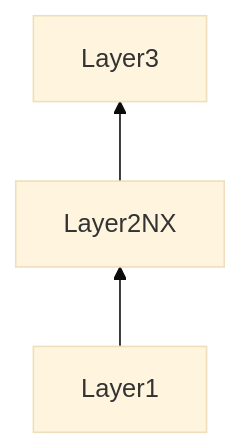
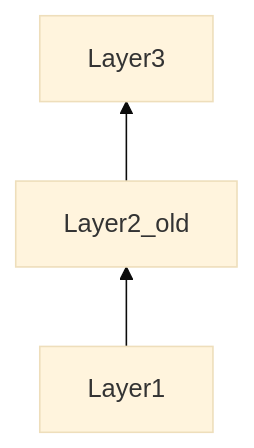
The diagram in outcome_v2_outcome.md (akrzemi1/__sandbox__), drawn with Mermaid (base theme) before and after one commit. The commit also changed other lines of this file, not shown here.

```diff
--- a/outcome_v2_outcome.md
+++ b/outcome_v2_outcome.md
@@ -24,6 +24,6 @@
 {{<mermaid>}}
 graph BT
     L3["Layer3"]
-    L2["Layer2NX"] --> L3
+    L2["Layer2_old"] --> L3
     L1["Layer1"] --> L2
 {{</mermaid>}}
```
